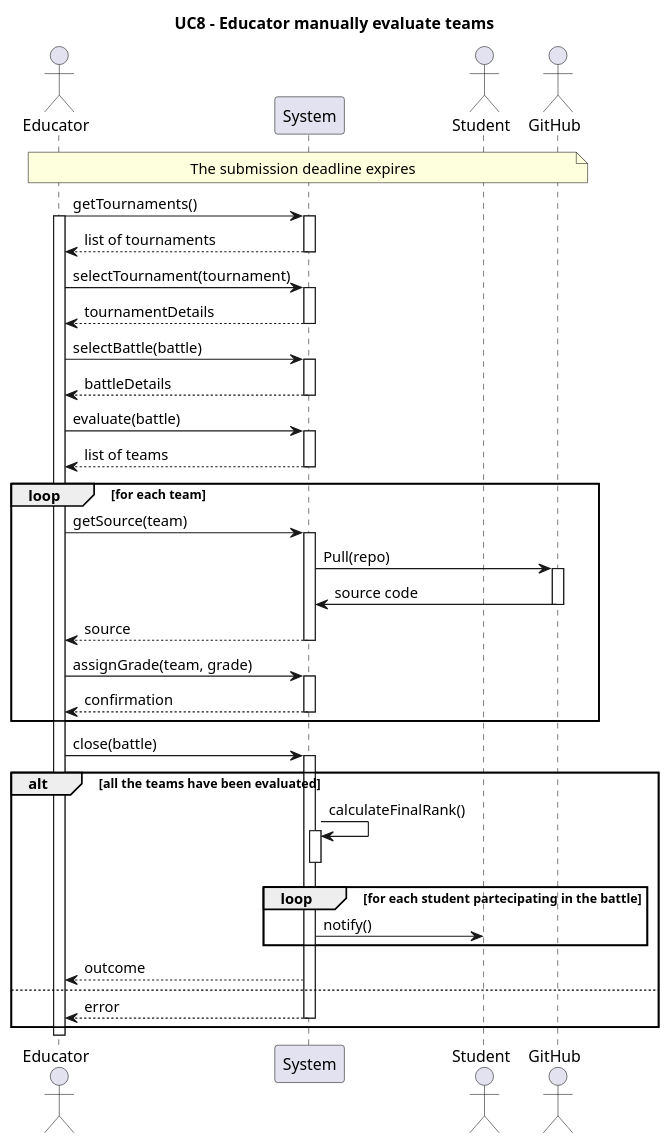
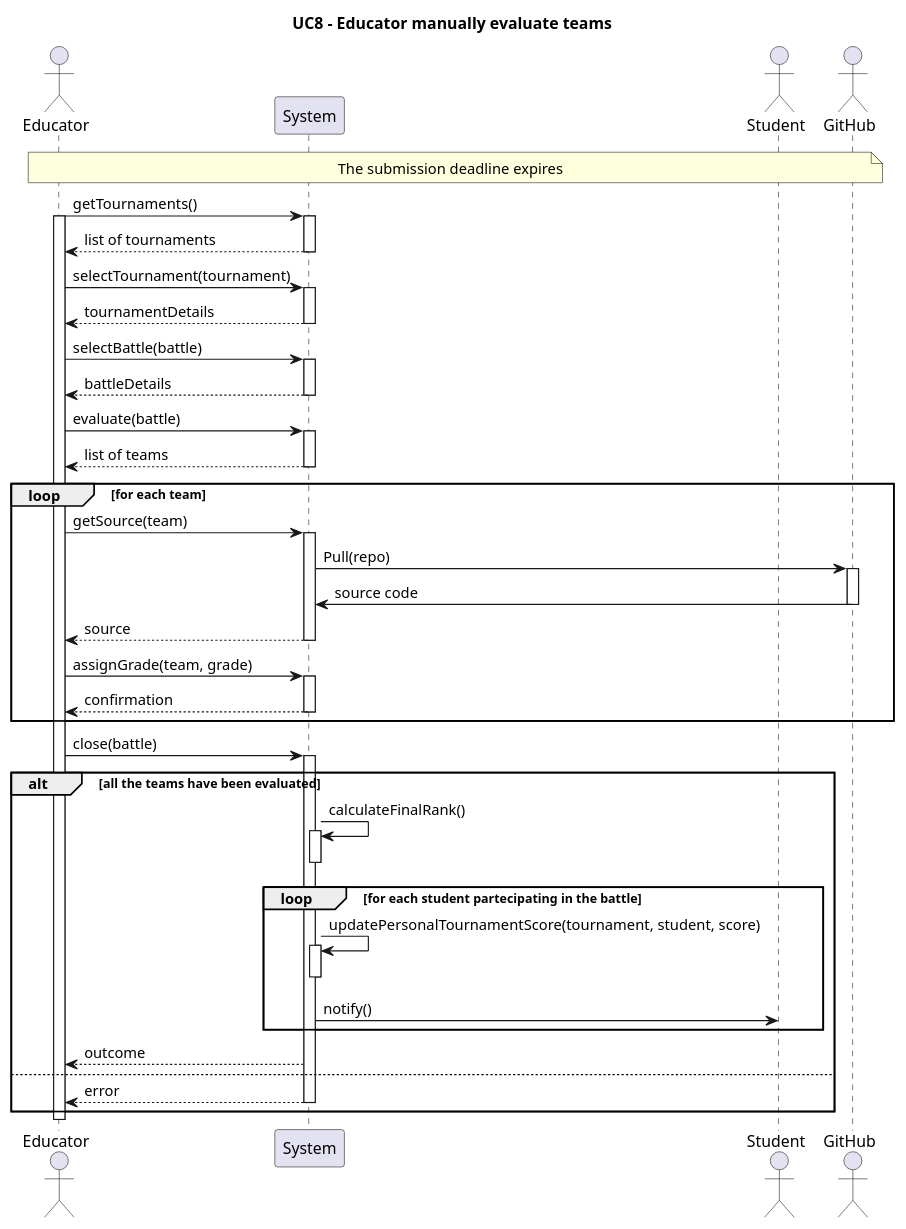
Before and after one commit to Furrrlo/CodeKataBattle: the diagram in rasd/puml/UC8.puml, drawn with PlantUML. The commit also changed 3 other files, not shown here.

```diff
--- a/rasd/puml/UC8.puml
+++ b/rasd/puml/UC8.puml
@@ -1,59 +1,54 @@
 @startuml UC8
-title UC8 - Educator manually evaluate teams    
+title UC8 - Educator manually evaluate teams
 actor Educator
 participant System
 actor Student
 actor GitHub
 
 note across: The submission deadline expires
 
 
 Educator -> System ++: getTournaments()
 activate Educator
 System --> Educator--: list of tournaments
-
 
 
 Educator -> System ++ : selectTournament(tournament)
 Educator <-- System -- : tournamentDetails
 
 Educator -> System ++ : selectBattle(battle)
 Educator <-- System -- : battleDetails
 
 Educator -> System ++ : evaluate(battle)
 Educator <-- System -- : list of teams
 
 loop for each team
     Educator -> System ++ : getSource(team)
     System -> GitHub ++: Pull(repo)
     System <- GitHub --: source code
     Educator <-- System -- : source
 
     Educator -> System ++ : assignGrade(team, grade)
     Educator <-- System -- : confirmation
 end
 
 
-
-
 Educator -> System ++ : close(battle)
 
 alt all the teams have been evaluated
 
-    System -> System ++ : calculateFinalRank()
-    deactivate System
+    System -> System ++-- : calculateFinalRank()
 
     loop for each student partecipating in the battle
+        System -> System ++--: updatePersonalTournamentScore(tournament, student, score)
+
         System -> Student : notify()
     end
 
+    Educator <-- System  : outcome
+else
+    Educator <-- System -- : error
+end
 
-
-    Educator <-- System  : outcome
-else 
-Educator <-- System -- : error
-
-
-end
 deactivate Educator
 @enduml
```
